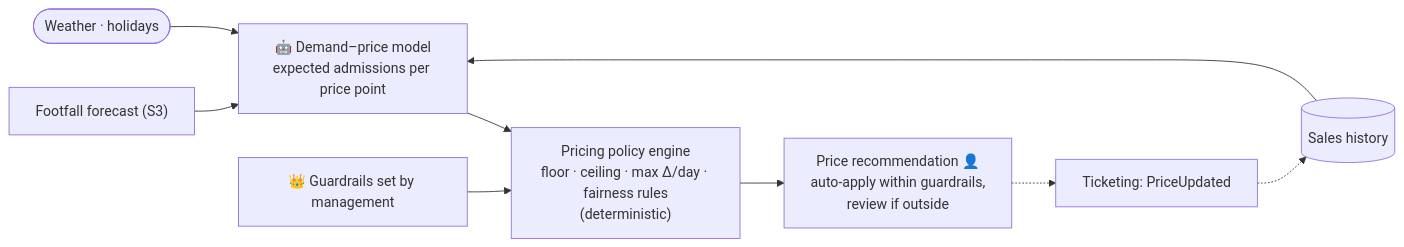
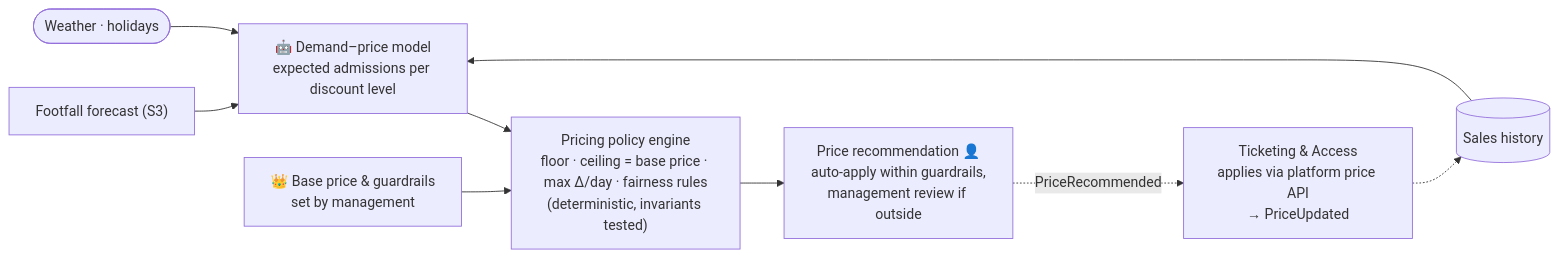
One commit to kr0k/katas changed the diagram in hld/scenarios/dynamic-family-passes/README.md. Above: the diagram before and after it, drawn with Mermaid. The commit also changed other lines of this file and 27 other files, not shown here.

First line of the commit message:
docs: implement P2 eng-review tasks + lint script (broker cluster, safety-to-human, thresholds table, TCO, invariants, HR/ticketing externals)

````diff
--- a/hld/scenarios/dynamic-family-passes/README.md
+++ b/hld/scenarios/dynamic-family-passes/README.md
@@ -15,11 +22,11 @@
 ```mermaid
 flowchart LR
-    Fc["Footfall forecast (S3)"] --> M["🤖 Demand–price model<br/>expected admissions per price point"]
+    Fc["Footfall forecast (S3)"] --> M["🤖 Demand–price model<br/>expected admissions per discount level"]
     Hist[("Sales history")] --> M
     Ext(["Weather · holidays"]) --> M
-    M --> Pol["Pricing policy engine<br/>floor · ceiling · max Δ/day · fairness rules<br/>(deterministic)"]
-    Cfg["👑 Guardrails set by management"] --> Pol
-    Pol --> Rec["Price recommendation 👤<br/>auto-apply within guardrails,<br/>review if outside"]
-    Rec -.-> Tix["Ticketing: PriceUpdated"]
+    M --> Pol["Pricing policy engine<br/>floor · ceiling = base price · max Δ/day · fairness rules<br/>(deterministic, invariants tested)"]
+    Cfg["👑 Base price & guardrails<br/>set by management"] --> Pol
+    Pol --> Rec["Price recommendation 👤<br/>auto-apply within guardrails,<br/>management review if outside"]
+    Rec -. "PriceRecommended" .-> Tix["Ticketing & Access<br/>applies via platform price API<br/>→ PriceUpdated"]
     Tix -.-> Hist
 ```
````
